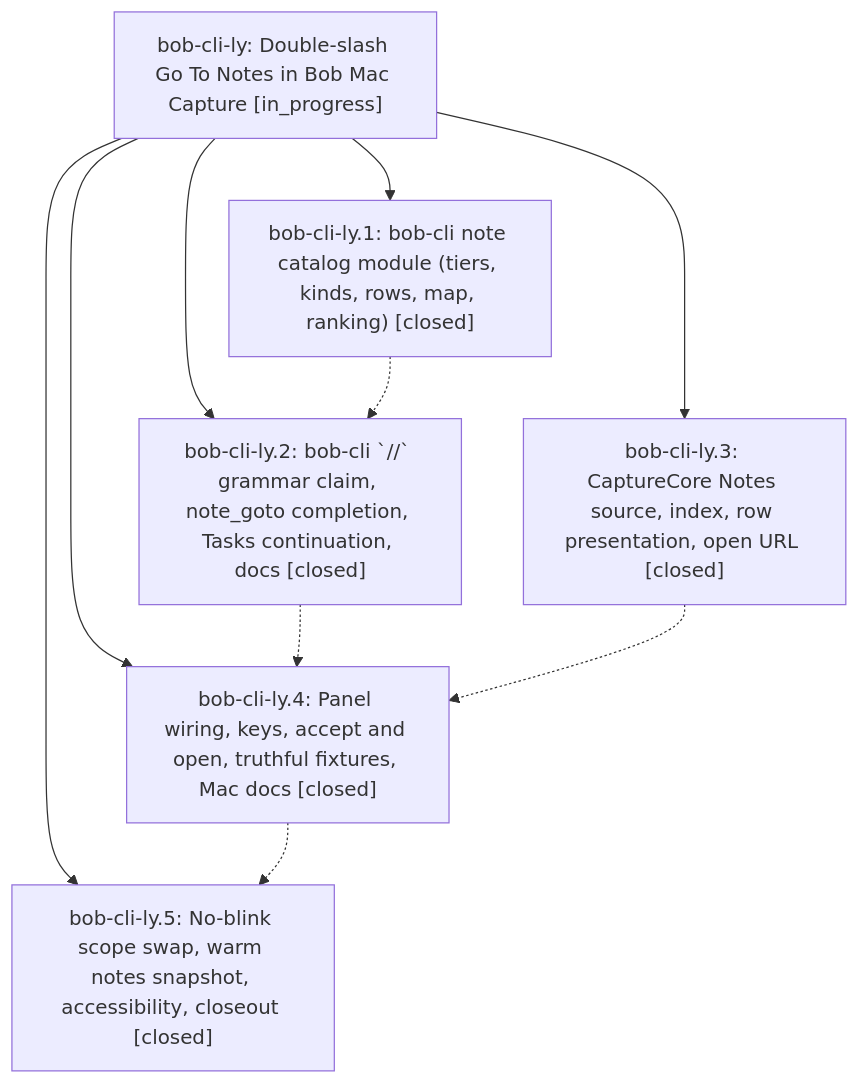
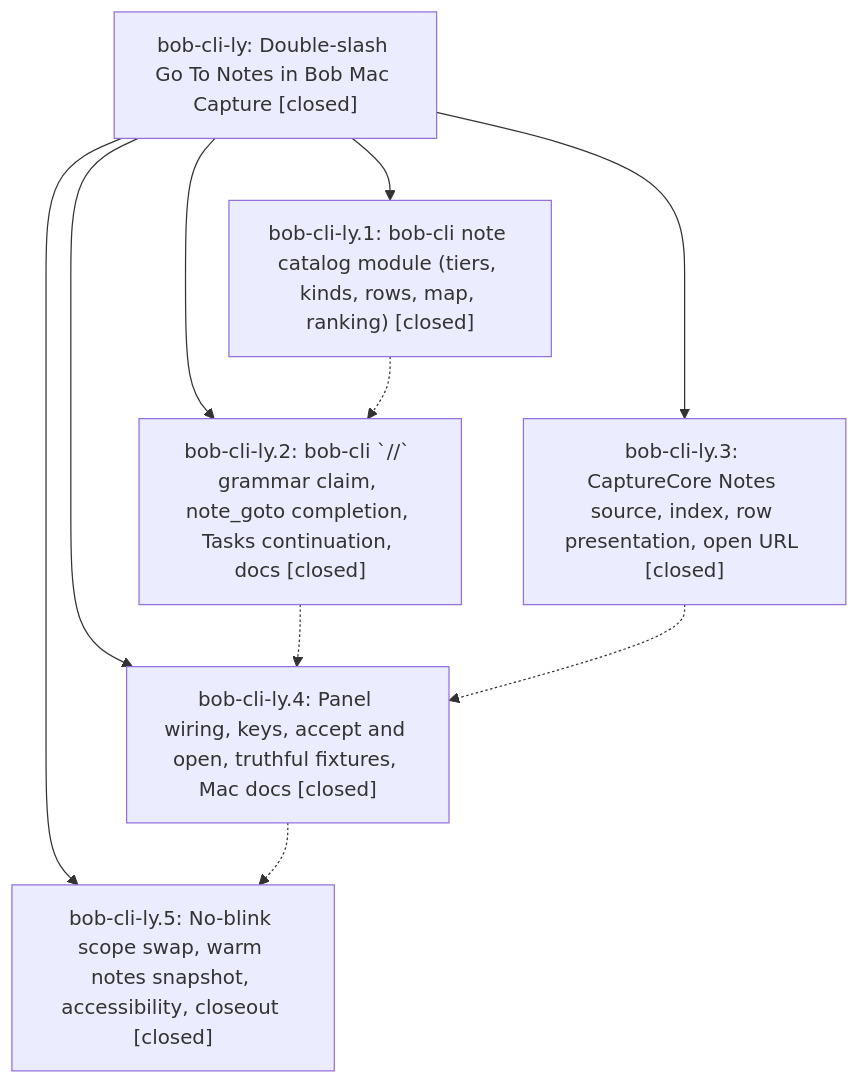
The diagram in pages/bob-cli-ly/README.md (bobs-org/bob-cli--beads), drawn with Mermaid before and after one commit. The commit also changed other lines of this file, not shown here.

First line of the commit message:
chore(beads): sync bead state and pages for bob-cli-ly

````diff
--- a/pages/bob-cli-ly/README.md
+++ b/pages/bob-cli-ly/README.md
@@ -46,18 +48,18 @@
 ```mermaid
 flowchart TD
-    n0["bob-cli-ly: Double-slash Go To Notes in Bob Mac Capture [in_progress]"]
+    n0["bob-cli-ly: Double-slash Go To Notes in Bob Mac Capture [closed]"]
     n1["bob-cli-ly.1: bob-cli note catalog module (tiers, kinds, rows, map, ranking) [closed]"]
     n2["bob-cli-ly.2: bob-cli `//` grammar claim, note_goto completion, Tasks continuation, docs [closed]"]
     n3["bob-cli-ly.3: CaptureCore Notes source, index, row presentation, open URL [closed]"]
     n4["bob-cli-ly.4: Panel wiring, keys, accept and open, truthful fixtures, Mac docs [closed]"]
     n5["bob-cli-ly.5: No-blink scope swap, warm notes snapshot, accessibility, closeout [closed]"]
     n0 --> n1
     n0 --> n2
     n0 --> n3
     n0 --> n4
     n0 --> n5
     n1 -.-> n2
     n2 -.-> n4
     n3 -.-> n4
     n4 -.-> n5
 ```
````
